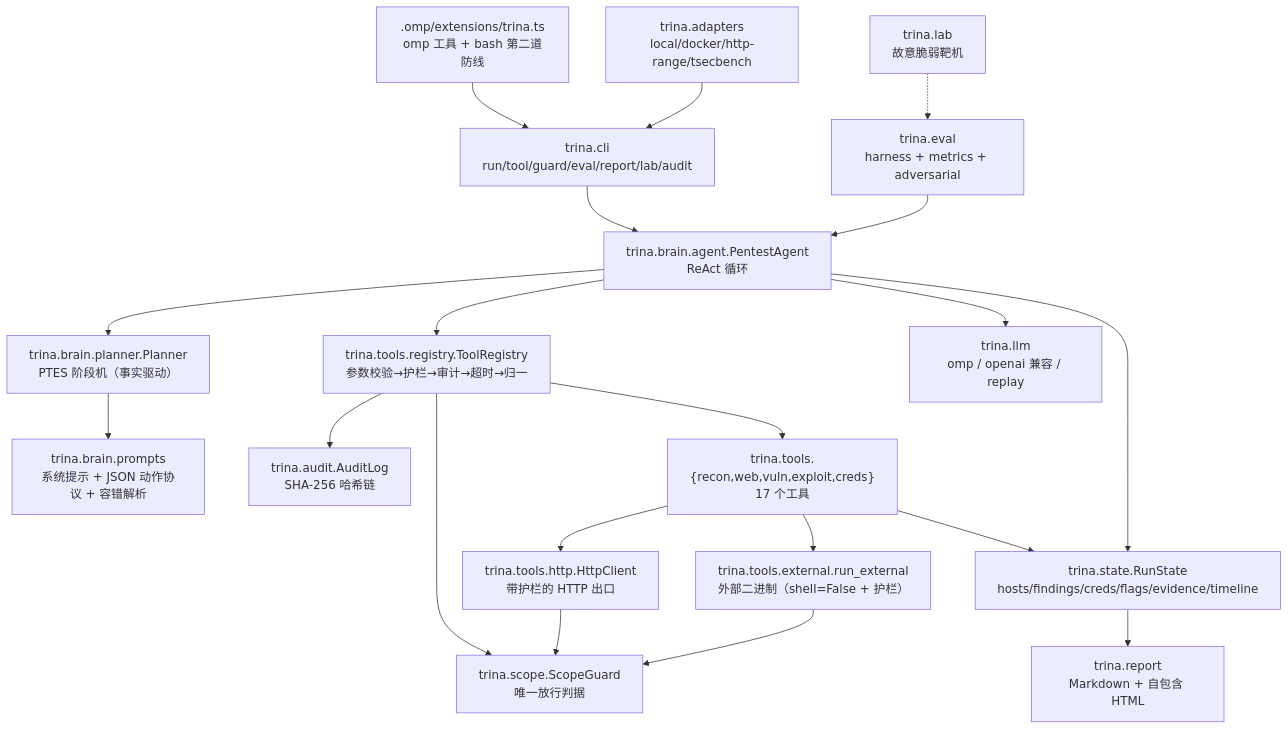
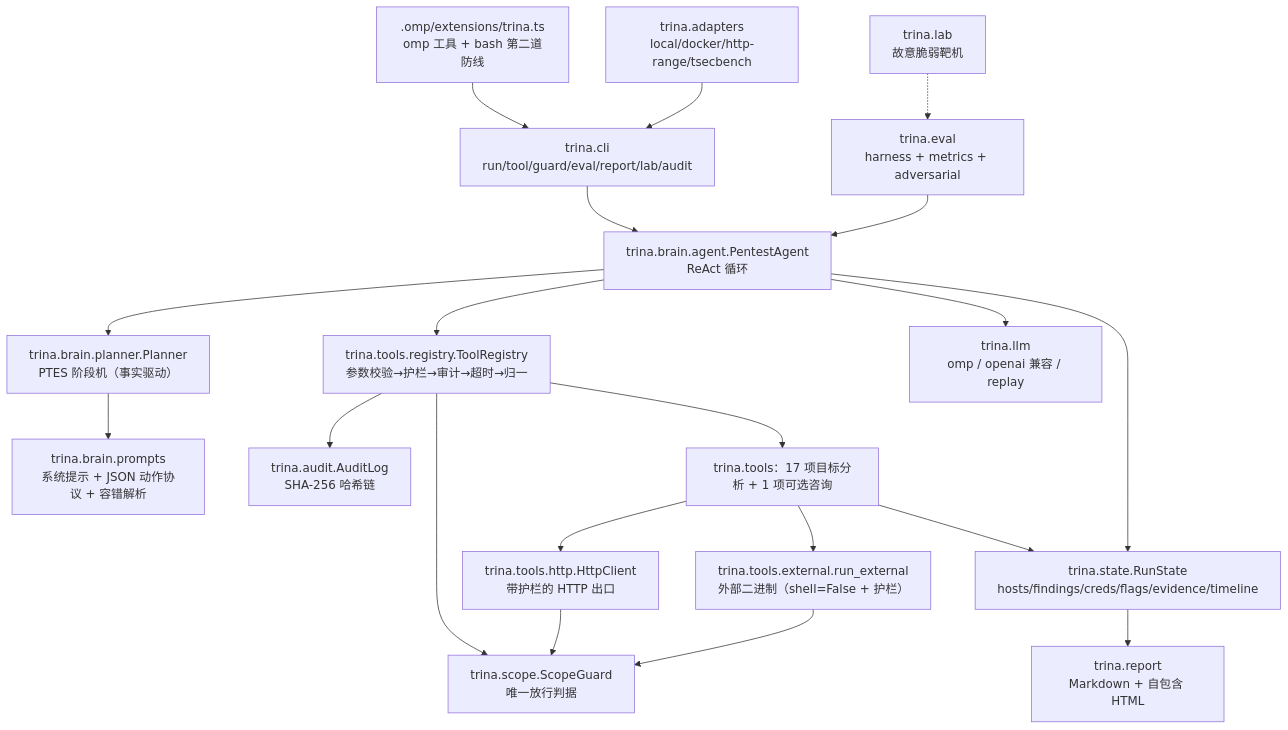
Before and after one commit to YHalo-wyh/Trina: the diagram in docs/ARCHITECTURE.md, drawn with Mermaid. The commit also changed other lines of this file and 37 other files, not shown here.

````diff
--- a/docs/ARCHITECTURE.md
+++ b/docs/ARCHITECTURE.md
@@ -5,37 +5,37 @@
 ```mermaid
 flowchart TB
     CLI["trina.cli<br/>run/tool/guard/eval/report/lab/audit"]
     OMPEXT[".omp/extensions/trina.ts<br/>omp 工具 + bash 第二道防线"]
     AGENT["trina.brain.agent.PentestAgent<br/>ReAct 循环"]
     PLANNER["trina.brain.planner.Planner<br/>PTES 阶段机（事实驱动）"]
     PROMPTS["trina.brain.prompts<br/>系统提示 + JSON 动作协议 + 容错解析"]
     REG["trina.tools.registry.ToolRegistry<br/>参数校验→护栏→审计→超时→归一"]
     GUARD["trina.scope.ScopeGuard<br/>唯一放行判据"]
     AUDIT["trina.audit.AuditLog<br/>SHA-256 哈希链"]
     STATE["trina.state.RunState<br/>hosts/findings/creds/flags/evidence/timeline"]
-    TOOLS["trina.tools.{recon,web,vuln,exploit,creds}<br/>17 个工具"]
+    TOOLS["trina.tools：17 项目标分析 + 1 项可选咨询"]
     HTTP["trina.tools.http.HttpClient<br/>带护栏的 HTTP 出口"]
     EXT["trina.tools.external.run_external<br/>外部二进制（shell=False + 护栏）"]
     LLM["trina.llm<br/>omp / openai 兼容 / replay"]
     ADAPT["trina.adapters<br/>local/docker/http-range/tsecbench"]
     EVAL["trina.eval<br/>harness + metrics + adversarial"]
     LAB["trina.lab<br/>故意脆弱靶机"]
     REPORT["trina.report<br/>Markdown + 自包含 HTML"]
 
     CLI --> AGENT
     OMPEXT --> CLI
     AGENT --> PLANNER --> PROMPTS
     AGENT --> LLM
     AGENT --> REG
     REG --> GUARD
     REG --> AUDIT
     REG --> TOOLS
     TOOLS --> HTTP --> GUARD
     TOOLS --> EXT --> GUARD
     TOOLS --> STATE
     AGENT --> STATE
     STATE --> REPORT
     ADAPT --> CLI
     EVAL --> AGENT
     LAB -.-> EVAL
 ```
````
